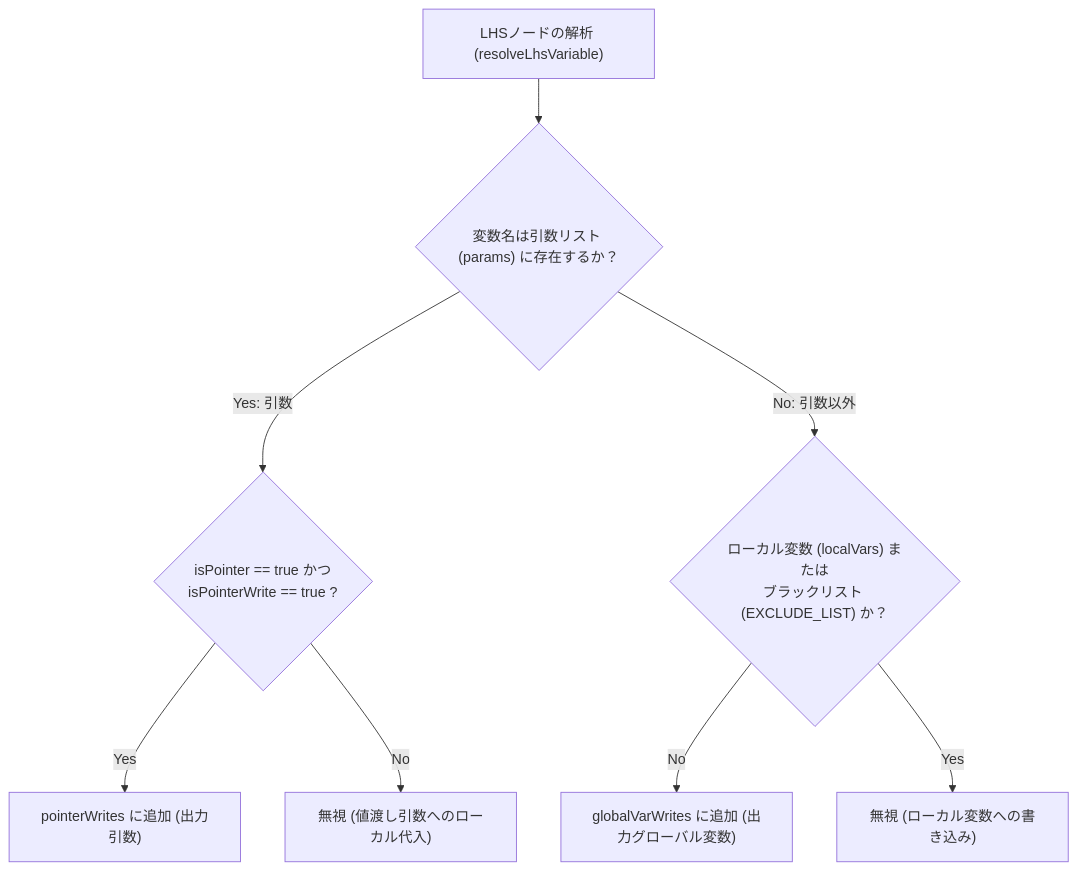
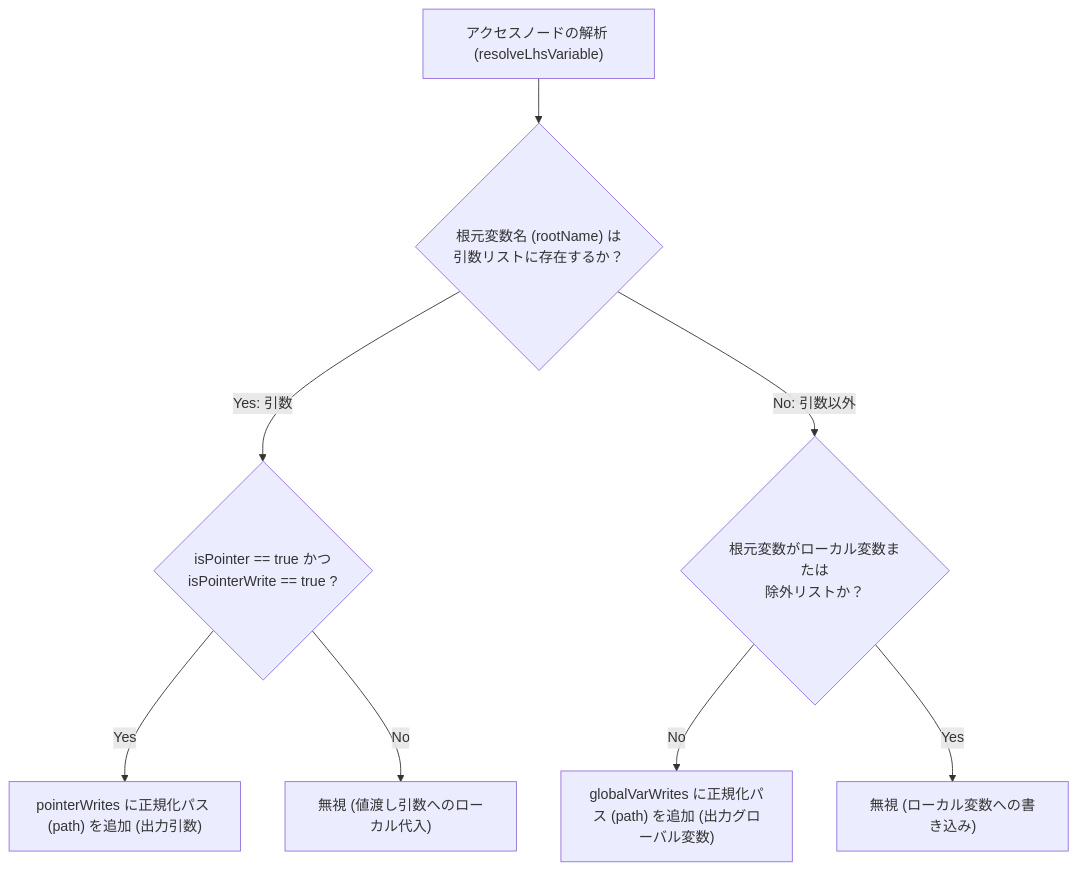
The second of 3 diagrams in docs/analysis_spec.md (7QgvhP/c-function-analyzer), drawn with Mermaid before and after one commit. The commit also changed other lines of this file and 4 other files, not shown here.

````diff
--- a/docs/analysis_spec.md
+++ b/docs/analysis_spec.md
@@ -102,10 +104,10 @@
 ```mermaid
 flowchart TD
-    A["LHSノードの解析 (resolveLhsVariable)"] --> B{"変数名は引数リスト (params) に存在するか？"}
+    A["アクセスノードの解析 (resolveLhsVariable)"] --> B{"根元変数名 (rootName) は引数リストに存在するか？"}
     B -->|Yes: 引数| C{"isPointer == true かつ\nisPointerWrite == true ?"}
-    C -->|Yes| D["pointerWrites に追加 (出力引数)"]
+    C -->|Yes| D["pointerWrites に正規化パス (path) を追加 (出力引数)"]
     C -->|No| E["無視 (値渡し引数へのローカル代入)"]
-    B -->|No: 引数以外| F{"ローカル変数 (localVars) または\nブラックリスト (EXCLUDE_LIST) か？"}
-    F -->|No| G["globalVarWrites に追加 (出力グローバル変数)"]
+    B -->|No: 引数以外| F{"根元変数がローカル変数または\n除外リストか？"}
+    F -->|No| G["globalVarWrites に正規化パス (path) を追加 (出力グローバル変数)"]
     F -->|Yes| H["無視 (ローカル変数への書き込み)"]
 ```
````
